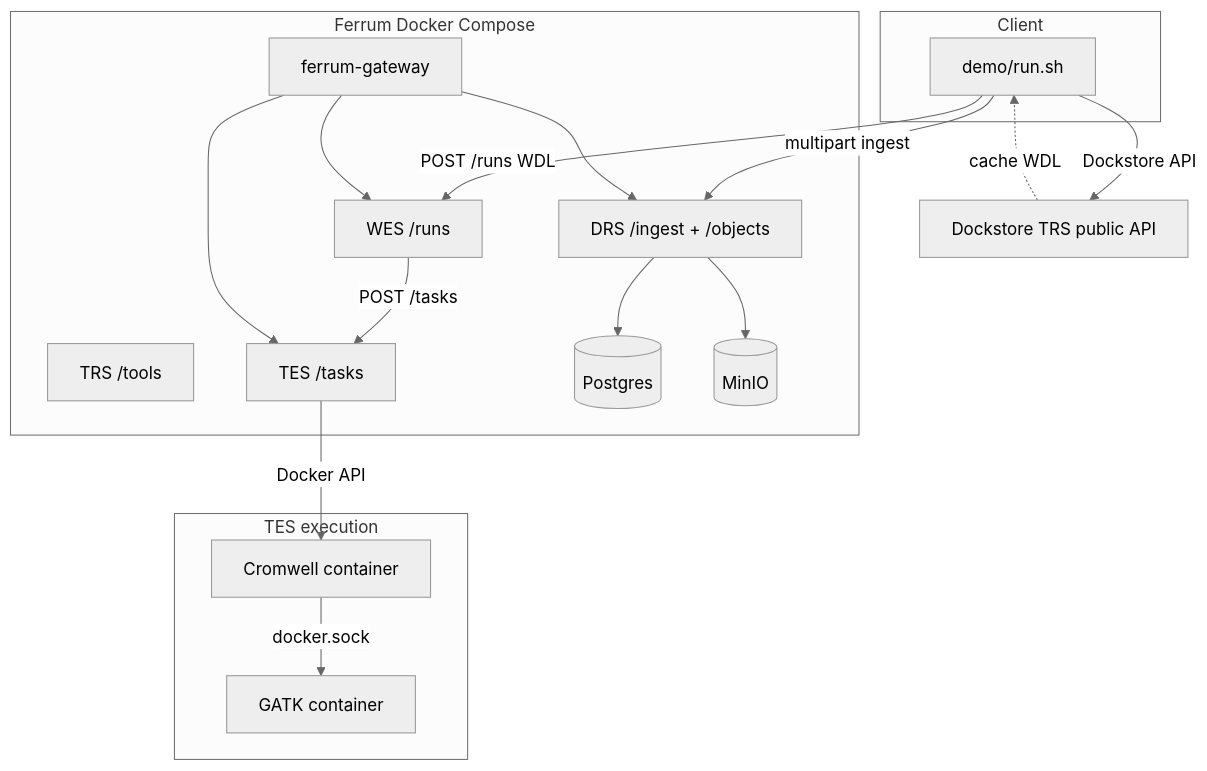
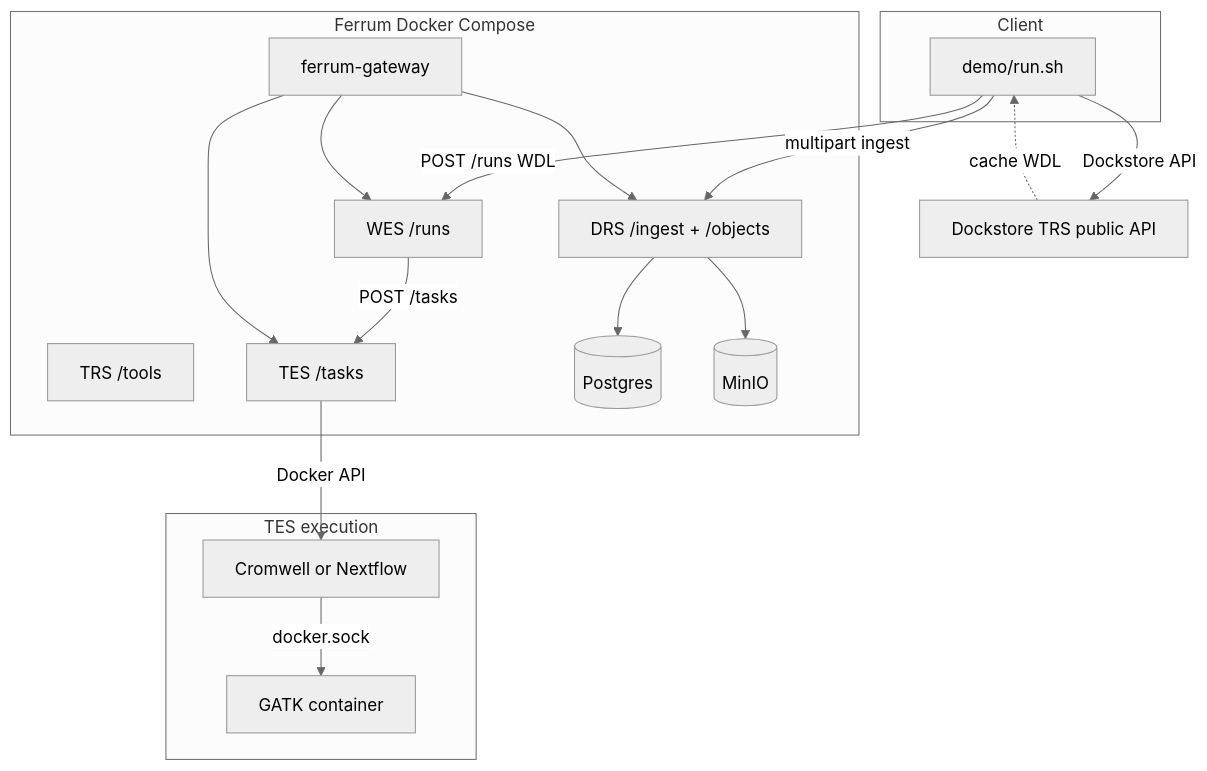
The diagram in docs/architecture.md (SynapticFour/Ferrum-GA4GH-Demo), drawn with Mermaid (neutral theme) before and after one commit. The commit also changed other lines of this file and 17 other files, not shown here.

````diff
--- a/docs/architecture.md
+++ b/docs/architecture.md
@@ -3,31 +3,31 @@
 ```mermaid
 flowchart TB
   subgraph Client
     R[demo/run.sh]
   end
   subgraph FerrumStack[Ferrum Docker Compose]
     G[ferrum-gateway]
     DRS[DRS /ingest + /objects]
     TRS[TRS /tools]
     WES[WES /runs]
     TES[TES /tasks]
     PG[(Postgres)]
     S3[(MinIO)]
   end
   subgraph Exec[TES execution]
-    C[Cromwell container]
+    C[Cromwell or Nextflow]
     GK[GATK container]
   end
   R -->|multipart ingest| DRS
   R -->|Dockstore API| TRSnote[Dockstore TRS public API]
   TRSnote -.->|cache WDL| R
   R -->|POST /runs WDL| WES
   WES -->|POST /tasks| TES
   TES -->|Docker API| C
   C -->|docker.sock| GK
   DRS --> PG
   DRS --> S3
   G --> DRS
   G --> WES
   G --> TES
 ```
````
